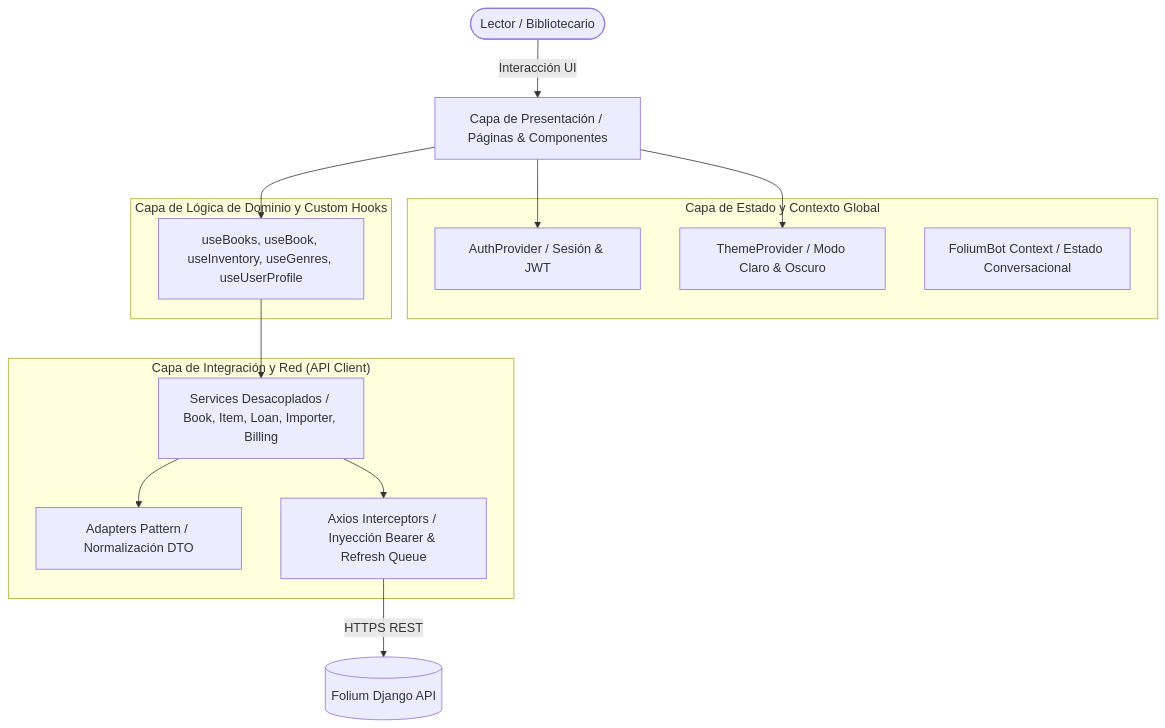
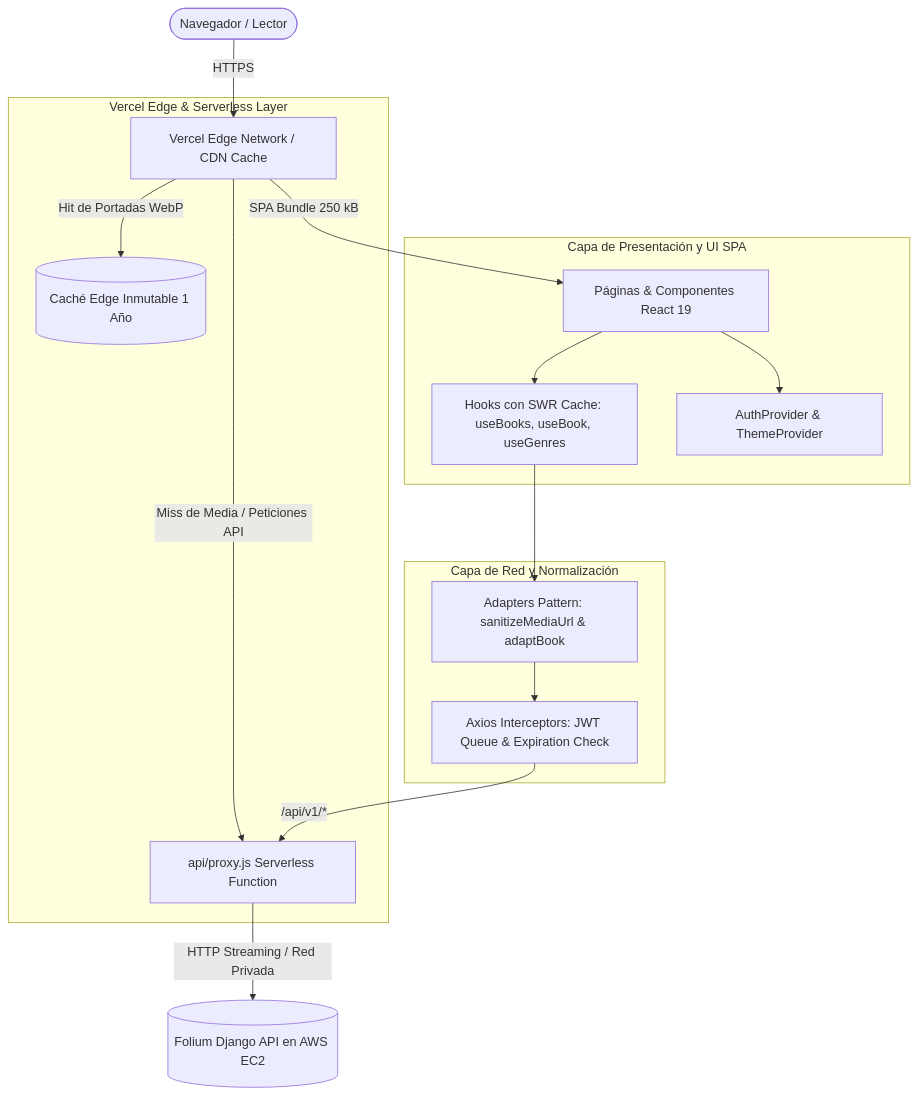
The first of 2 diagrams in README.md (Facundo177/folium-web-app), drawn with Mermaid before and after one commit. The commit also changed other lines of this file, not shown here.

Commit message:
docs: update README with Edge CDN proxy architecture, SWR caching, bundle optimizations, and CSP rules

````diff
--- a/README.md
+++ b/README.md
@@ -33,28 +35,23 @@
 ```mermaid
 graph TD
-    User([Lector / Bibliotecario]) -->|Interacción UI| Presentation[Capa de Presentación / Páginas & Componentes]
+    User([Navegador / Lector]) -->|HTTPS| EdgeCDN[Vercel Edge Network / CDN Cache]
     
-    subgraph "Capa de Estado y Contexto Global"
-        AuthProvider[AuthProvider / Sesión & JWT]
-        ThemeProvider[ThemeProvider / Modo Claro & Oscuro]
-        ChatbotContext[FoliumBot Context / Estado Conversacional]
+    subgraph "Vercel Edge & Serverless Layer"
+        EdgeCDN -->|Hit de Portadas WebP| CachedAssets[(Caché Edge Inmutable 1 Año)]
+        EdgeCDN -->|Miss de Media / Peticiones API| ProxyFunc[api/proxy.js Serverless Function]
     end
 
-    subgraph "Capa de Lógica de Dominio y Custom Hooks"
-        Hooks[useBooks, useBook, useInventory, useGenres, useUserProfile]
+    subgraph "Capa de Presentación y UI SPA"
+        EdgeCDN -->|SPA Bundle 250 kB| Presentation[Páginas & Componentes React 19]
+        Presentation --> SWRHooks[Hooks con SWR Cache: useBooks, useBook, useGenres]
+        Presentation --> Contexts[AuthProvider & ThemeProvider]
     end
 
-    subgraph "Capa de Integración y Red (API Client)"
-        Adapters[Adapters Pattern / Normalización DTO]
-        Services[Services Desacoplados / Book, Item, Loan, Importer, Billing]
-        AxiosConfig[Axios Interceptors / Inyección Bearer & Refresh Queue]
+    subgraph "Capa de Red y Normalización"
+        SWRHooks --> Adapters[Adapters Pattern: sanitizeMediaUrl & adaptBook]
+        Adapters --> AxiosConfig[Axios Interceptors: JWT Queue & Expiration Check]
     end
 
-    Presentation --> Hooks
-    Presentation --> AuthProvider
-    Presentation --> ThemeProvider
-    Hooks --> Services
-    Services --> Adapters
-    Services --> AxiosConfig
-    AxiosConfig -->|HTTPS REST| BackendAPI[(Folium Django API)]
+    ProxyFunc -->|HTTP Streaming / Red Privada| AWSBackend[(Folium Django API en AWS EC2)]
+    AxiosConfig -->|/api/v1/*| ProxyFunc
 ```
````
